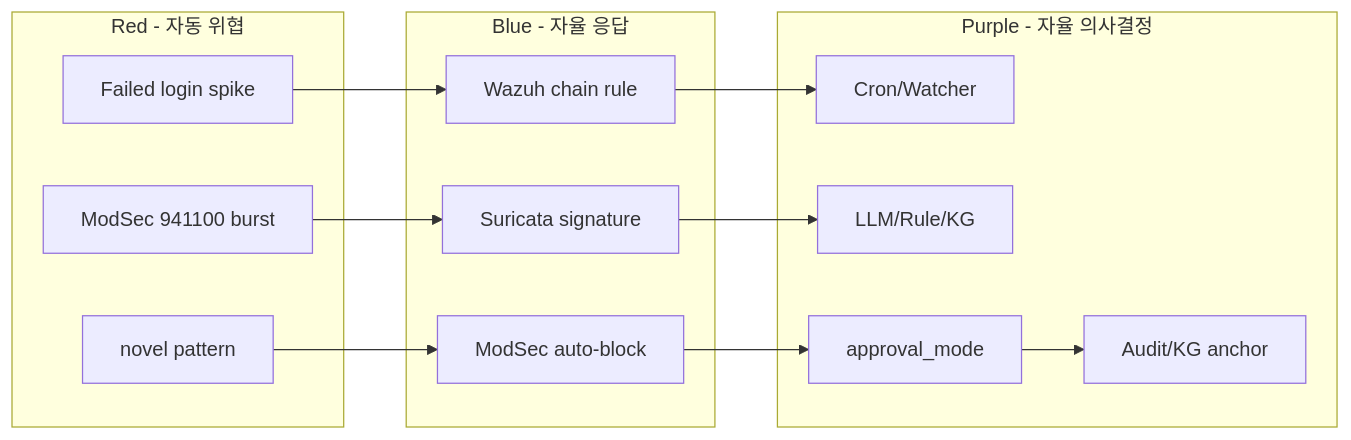
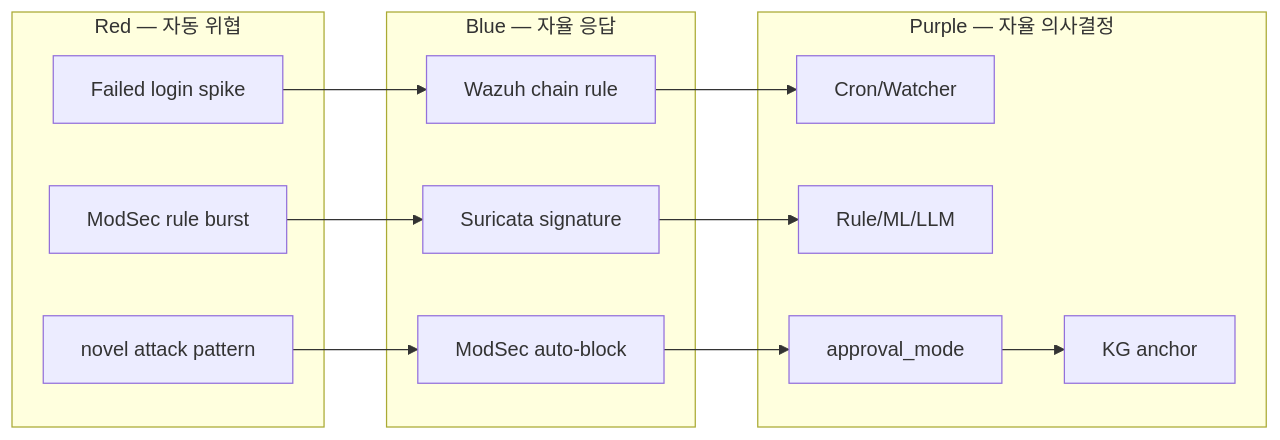
The second of 2 diagrams in contents/standalone/lecture/aisec/week11.md (mrgrit/ccc), drawn with Mermaid before and after one commit. The commit also changed other lines of this file and 14 other files, not shown here.

````diff
--- a/contents/standalone/lecture/aisec/week11.md
+++ b/contents/standalone/lecture/aisec/week11.md
@@ -395,26 +703,26 @@
 ```mermaid
 flowchart LR
-    subgraph Red [Red - 자동 위협]
+    subgraph Red ["Red — 자동 위협"]
         R1[Failed login spike]
-        R2[ModSec 941100 burst]
-        R3[novel pattern]
+        R2[ModSec rule burst]
+        R3[novel attack pattern]
     end
 
-    subgraph Blue [Blue - 자율 응답]
+    subgraph Blue ["Blue — 자율 응답"]
         B1[Wazuh chain rule]
         B2[Suricata signature]
         B3[ModSec auto-block]
     end
 
-    subgraph Purple [Purple - 자율 의사결정]
+    subgraph Purple ["Purple — 자율 의사결정"]
         P1[Cron/Watcher]
-        P2[LLM/Rule/KG]
+        P2[Rule/ML/LLM]
         P3[approval_mode]
-        P4[Audit/KG anchor]
+        P4[KG anchor]
     end
 
     R1 --> B1 --> P1
     R2 --> B2 --> P2
     R3 --> B3 --> P3
     P3 --> P4
 ```
````
